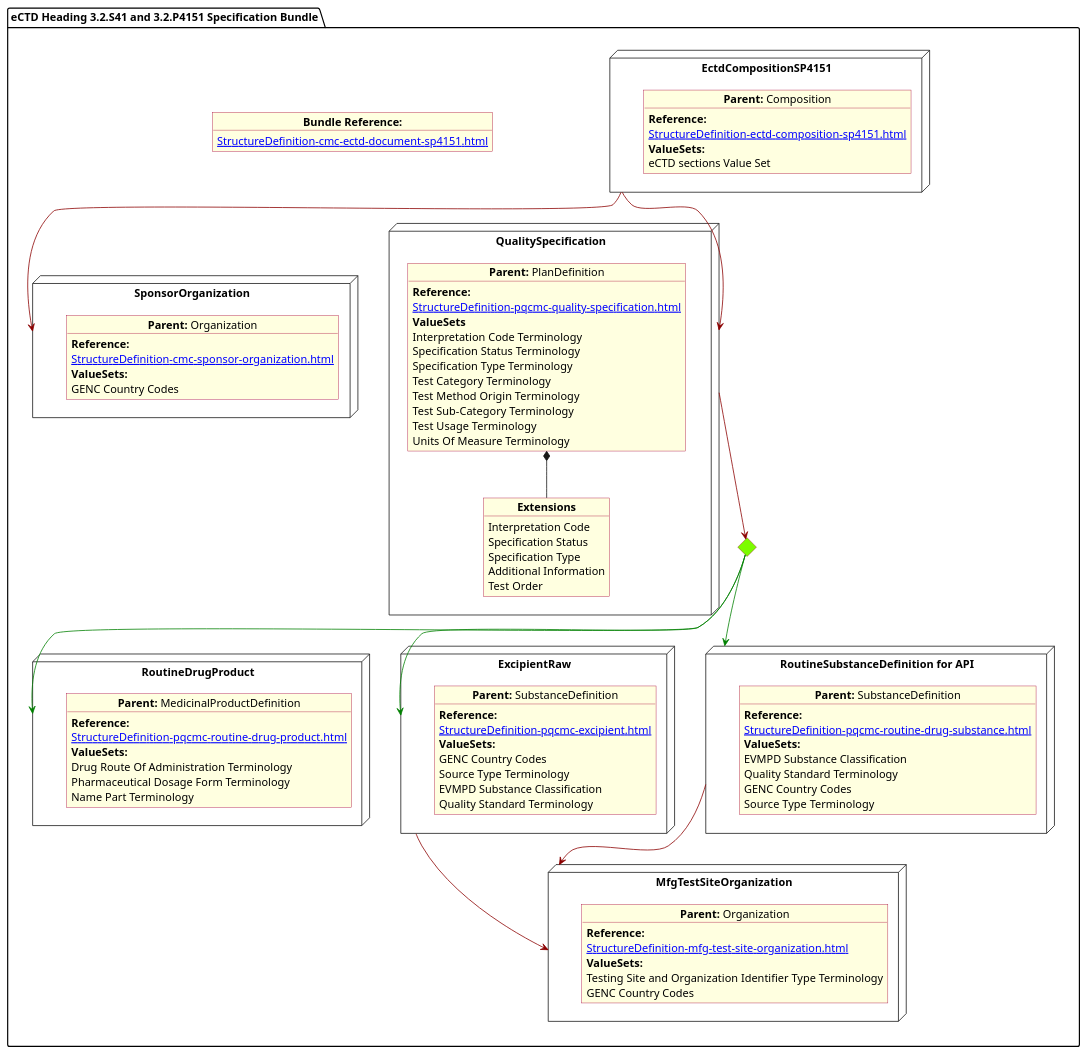
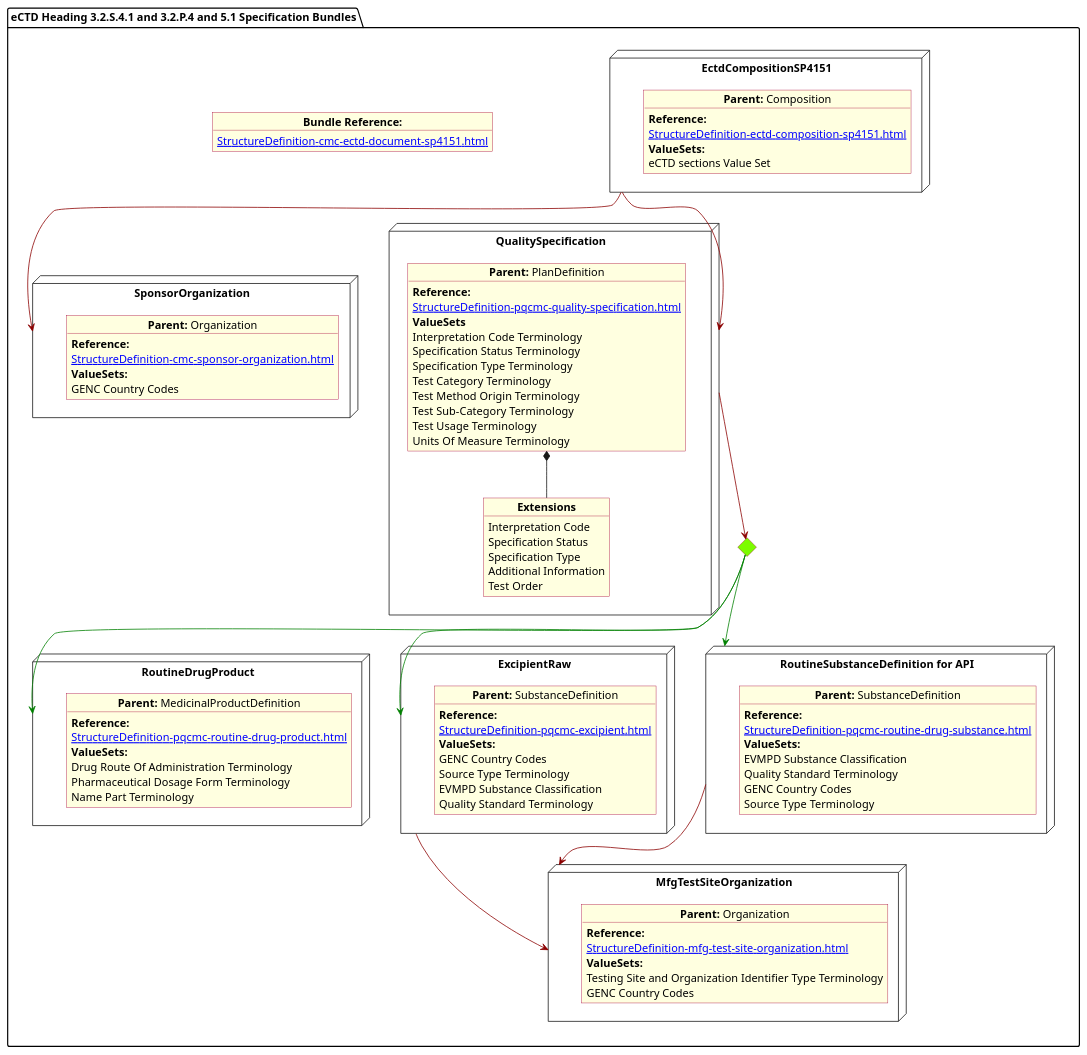
The diagram in input/images-source/Specification.plantuml (HL7/FHIR-us-pq-cmc-fda), drawn with PlantUML before and after one commit. The commit also changed 9 other files, not shown here.

```diff
--- a/input/images-source/Specification.plantuml
+++ b/input/images-source/Specification.plantuml
@@ -1,118 +1,118 @@
 @startuml Specification
 allowmixing
 'Mixed model of use case and object
 skinparam svgDimensionStyle false
 skinparam ObjectBackgroundColor LightYellow
 skinparam ObjectBorderColor #A80036
 skinparam activityDiamondBorderColor #A80036
 skinparam activityDiamondBackgroundColor lawnGreen
 skinparam ClassBorderThickness 4
 
-package "eCTD Heading 3.2.S41 and 3.2.P4151 Specification Bundle" as NODES {
+package "eCTD Heading 3.2.S.4.1 and 3.2.P.4 and 5.1 Specification Bundles" as NODES {
   object "**Bundle Reference:**" as objbun {
     [[StructureDefinition-cmc-ectd-document-sp4151.html]]
   }
 
   node "RoutineDrugProduct" as NN {
 
     object "**Parent:** MedicinalProductDefinition" as obj3 {
       **Reference:**
       [[StructureDefinition-pqcmc-routine-drug-product.html]]
       **ValueSets:**
       Drug Route Of Administration Terminology
       Pharmaceutical Dosage Form Terminology
       Name Part Terminology
     }
   }
   node "ExcipientRaw" as N21 {
 
     object "**Parent:** SubstanceDefinition" as obj22 {
       **Reference:**
       [[StructureDefinition-pqcmc-excipient.html]]
       **ValueSets:**
       GENC Country Codes
       Source Type Terminology
       EVMPD Substance Classification
       Quality Standard Terminology
     }
   }
   node "MfgTestSiteOrganization" as N21mfg {
 
     object "**Parent:** Organization" as objTS  {
       **Reference:**
       [[StructureDefinition-mfg-test-site-organization.html]]
       **ValueSets:**
       Testing Site and Organization Identifier Type Terminology
       GENC Country Codes
     }
   }
 
   node "EctdCompositionSP4151" as N1 {
 
     object "**Parent:** Composition" as obj1 {
       **Reference:**
       [[StructureDefinition-ectd-composition-sp4151.html]]
       **ValueSets:**
       eCTD sections Value Set
     }
   }
   node "SponsorOrganization" as NMSpon {
 
     object "**Parent:** Organization" as objDP {
       **Reference:**
       [[StructureDefinition-cmc-sponsor-organization.html]]
       **ValueSets:**
       GENC Country Codes
     }
   }
 
   node "RoutineSubstanceDefinition for API" as NNS {
 
     object "**Parent:** SubstanceDefinition" as obj4 {
       **Reference:**
       [[StructureDefinition-pqcmc-routine-drug-substance.html]]
       **ValueSets:**
       EVMPD Substance Classification
       Quality Standard Terminology
       GENC Country Codes
       Source Type Terminology
     }
   }
 
   diamond CH
 
   node "QualitySpecification" as N2 {
 
     object "**Parent:** PlanDefinition" as obj2 {
       **Reference:**
       [[StructureDefinition-pqcmc-quality-specification.html]]
       **ValueSets**
       Interpretation Code Terminology
       Specification Status Terminology
       Specification Type Terminology
       Test Category Terminology
       Test Method Origin Terminology
       Test Sub-Category Terminology
       Test Usage Terminology
       Units Of Measure Terminology
     }
     object "**Extensions**" as objQSEx {
       Interpretation Code
       Specification Status
       Specification Type
       Additional Information
       Test Order
     }
     obj2 *-- objQSEx
   }
 
   N1 -[#darkred]-> NMSpon
   N1 -[#darkred]-> N2
   N2 -[#darkred]-> CH
   CH -[#green]-> N21
   CH -[#green]-> NNS
   CH -[#green]-> NN
   NNS -[#darkred]-> N21mfg
   N21 -[#darkred]-> N21mfg
 }
 @enduml
```
